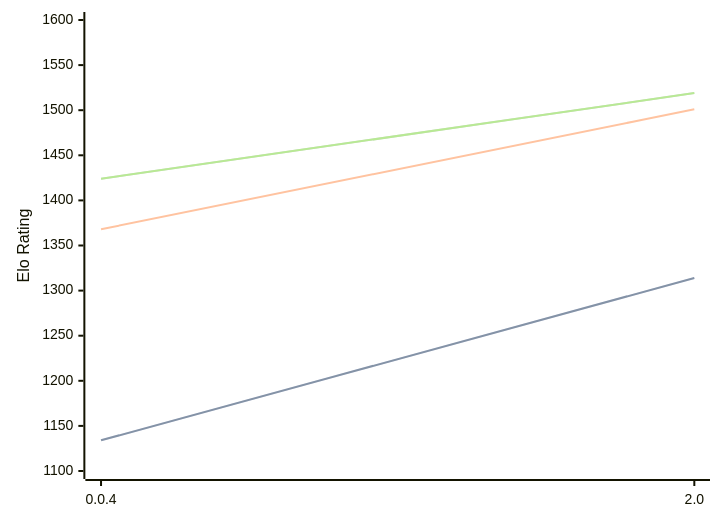
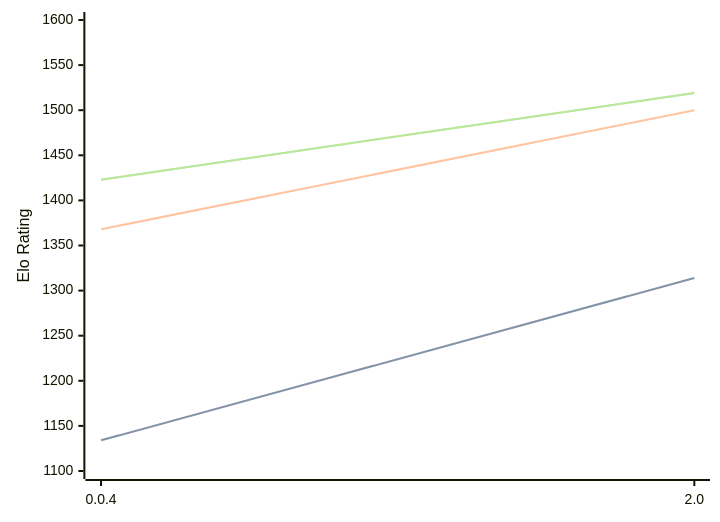
One commit to computer-chess-index/cci changed the diagram in engines/Oops!Mate.md. Above: the diagram before and after it, drawn with Mermaid. The commit also changed other lines of this file, not shown here.

Commit message:
Update CCI Ratings (ELO VLTC) - 2026-02-14

````diff
--- a/engines/Oops!Mate.md
+++ b/engines/Oops!Mate.md
@@ -48,11 +48,11 @@
 ```mermaid
 %%{init: {"theme":"base","themeVariables":{"seriesColors:['#a3a3a3','#222221','#faa371']}}}%%
 xychart-beta
   x-axis ["0.0.4", "2.0"]
   y-axis "Elo Rating" 1100 --> 1600
   line "STC (8.0+0.08s)" [1134, 1314]
   line "STC (8.0+0.08s)" [1134, 1314]
-  line "LTC (60.0+0.60s)" [1368, 1501]
-  line "VLTC (2m24s+1.12s)" [1424, 1519]
-  line "VLTC (2m24s+1.12s)" [1424, 1519]
+  line "LTC (60.0+0.60s)" [1368, 1500]
+  line "VLTC (2m24s+1.12s)" [1423, 1519]
+  line "VLTC (2m24s+1.12s)" [1423, 1519]
 ```
````
